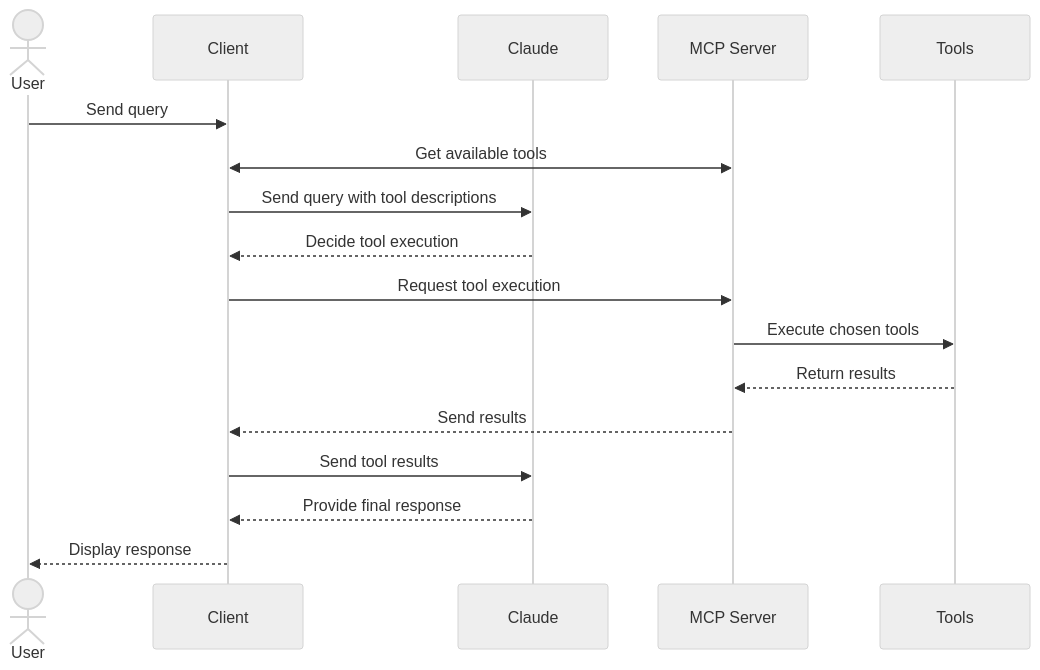
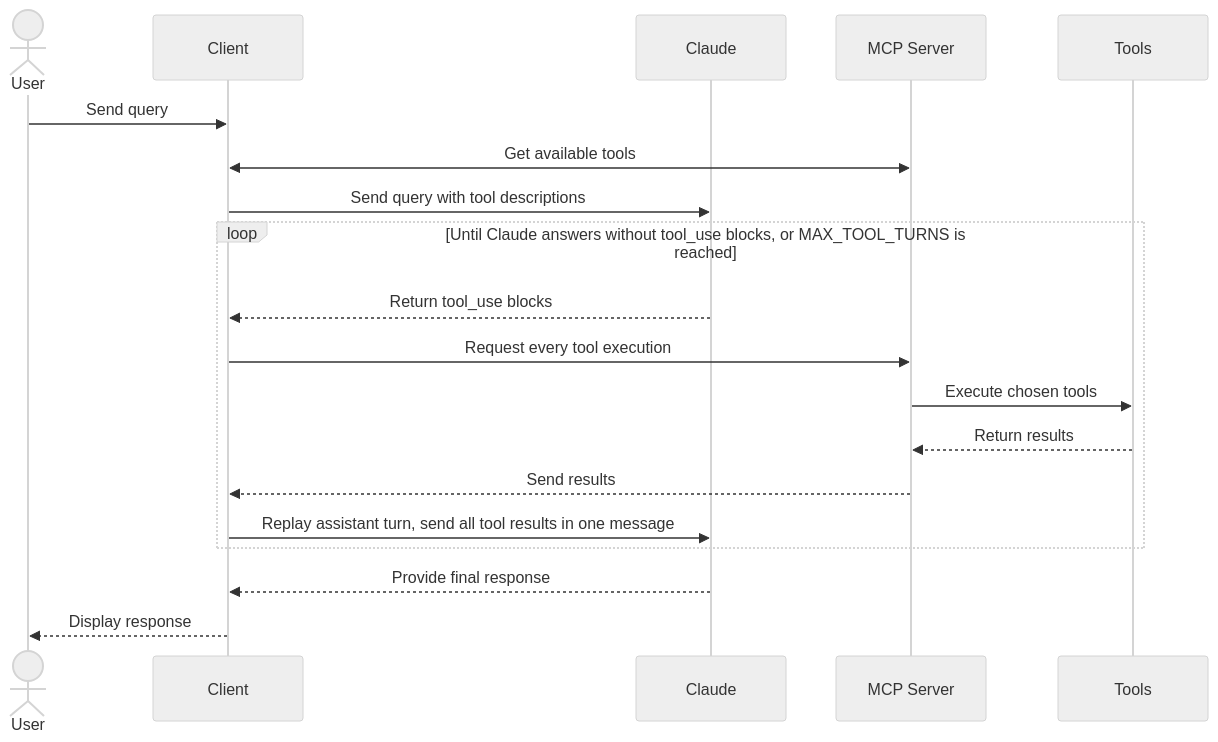
The diagram in 01_Raw/github/modelcontextprotocol/modelcontextprotocol/docs/docs/2026-07-28/develop/build-client.mdx (NickCollect/ai-coding-runbook), drawn with Mermaid before and after one commit. The commit also changed other lines of this file and 249 other files, not shown here.

````diff
--- a/01_Raw/github/modelcontextprotocol/modelcontextprotocol/docs/docs/2026-07-28/develop/build-client.mdx
+++ b/01_Raw/github/modelcontextprotocol/modelcontextprotocol/docs/docs/2026-07-28/develop/build-client.mdx
@@ -1382,24 +1504,26 @@
 ```mermaid
 ---
 config:
     theme: neutral
 ---
 sequenceDiagram
     actor User
     participant Client
     participant Claude
     participant MCP_Server as MCP Server
     participant Tools
 
     User->>Client: Send query
     Client<<->>MCP_Server: Get available tools
     Client->>Claude: Send query with tool descriptions
-    Claude-->>Client: Decide tool execution
-    Client->>MCP_Server: Request tool execution
-    MCP_Server->>Tools: Execute chosen tools
-    Tools-->>MCP_Server: Return results
-    MCP_Server-->>Client: Send results
-    Client->>Claude: Send tool results
+    loop Until Claude answers without tool_use blocks, or MAX_TOOL_TURNS is reached
+        Claude-->>Client: Return tool_use blocks
+        Client->>MCP_Server: Request every tool execution
+        MCP_Server->>Tools: Execute chosen tools
+        Tools-->>MCP_Server: Return results
+        MCP_Server-->>Client: Send results
+        Client->>Claude: Replay assistant turn, send all tool results in one message
+    end
     Claude-->>Client: Provide final response
     Client-->>User: Display response
 ```
````
